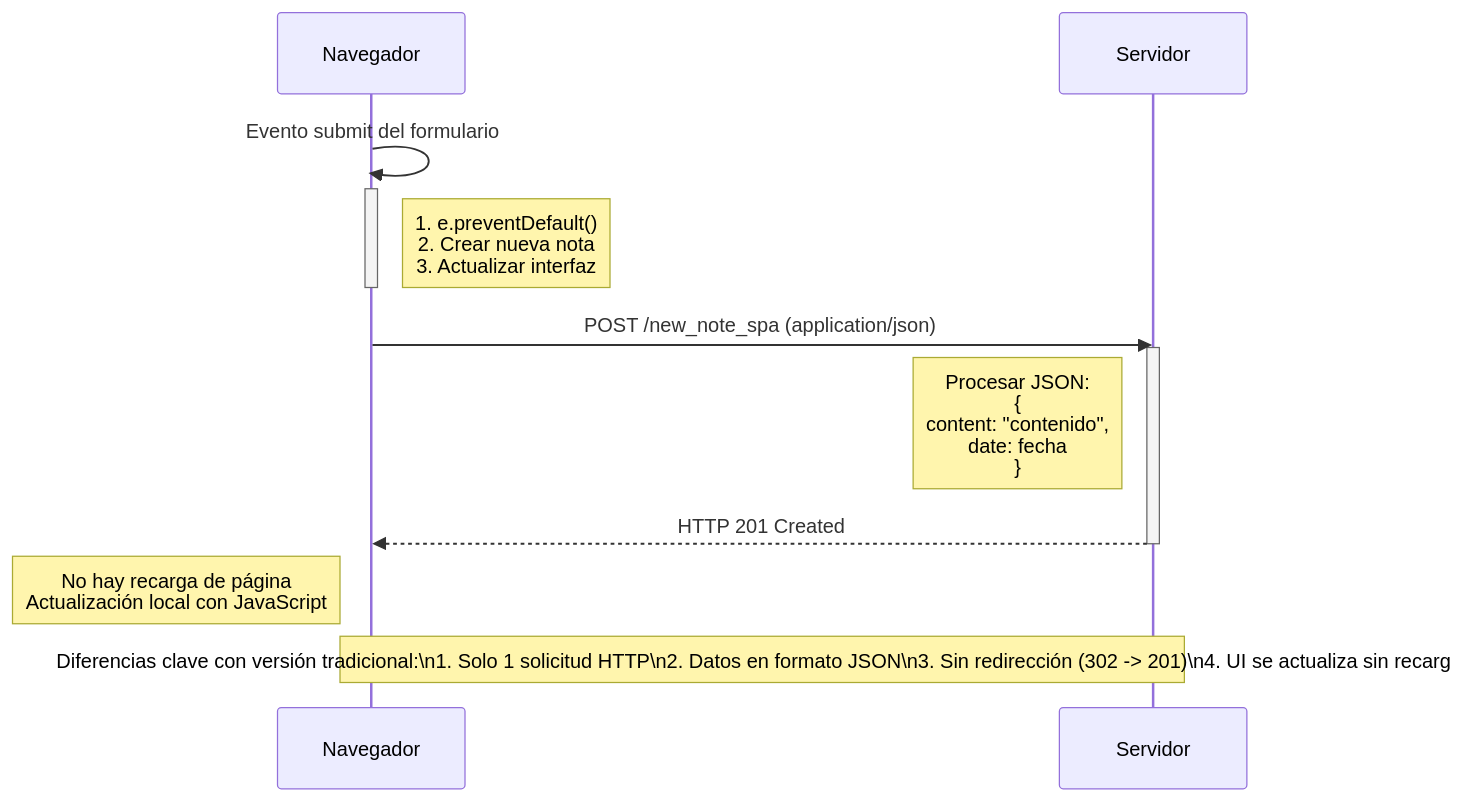
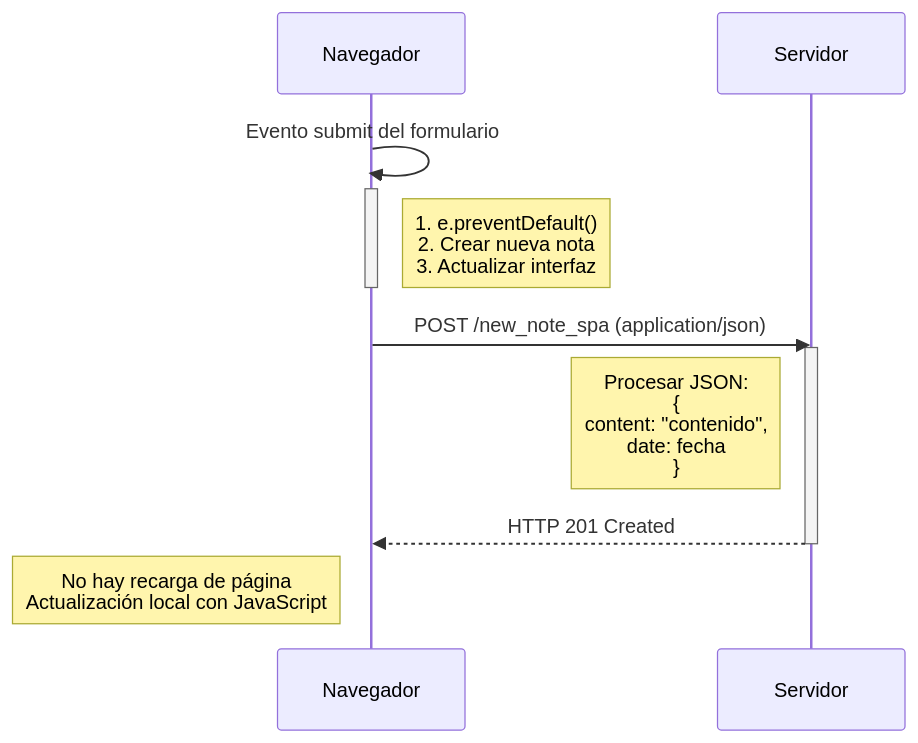
One commit to pedrosorrentino/curso-fullstackopen changed the diagram in Part 0/Ejercicio-0.5.md. Above: the diagram before and after it, drawn with Mermaid.

Commit message:
Se añade ejercicio

````diff
--- a/Part 0/Ejercicio-0.5.md
+++ b/Part 0/Ejercicio-0.5.md
@@ -1,21 +1,20 @@
 ```mermaid
 %% Diagrama de flujo SPA
 sequenceDiagram
 participant Navegador
 participant Servidor
 
     Navegador->>Navegador: Evento submit del formulario
     activate Navegador
         Note right of Navegador: 1. e.preventDefault()<br/>2. Crear nueva nota<br/>3. Actualizar interfaz
     deactivate Navegador
 
     Navegador->>Servidor: POST /new_note_spa (application/json)
     activate Servidor
         Note left of Servidor: Procesar JSON:<br/>{<br/>  content: "contenido",<br/>  date: fecha<br/>}
         Servidor-->>Navegador: HTTP 201 Created
     deactivate Servidor
 
     Note left of Navegador: No hay recarga de página<br/>Actualización local con JavaScript
 
-    Note over Navegador,Servidor: Diferencias clave con versión tradicional:\n1. Solo 1 solicitud HTTP\n2. Datos en formato JSON\n3. Sin redirección (302 -> 201)\n4. UI se actualiza sin recargar
 ```
````
